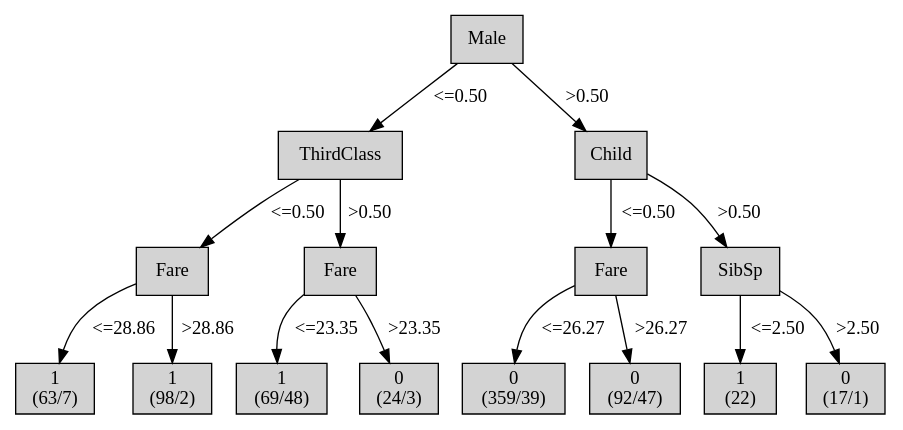
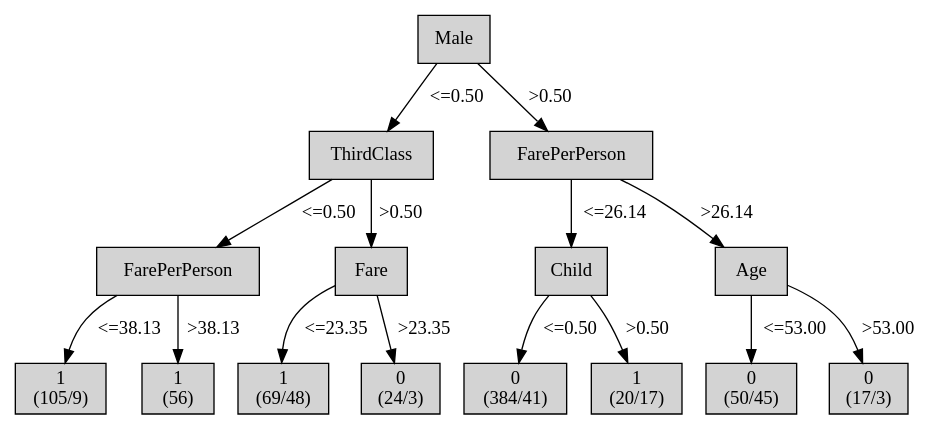
One commit to mklb/BI-Python3 changed the diagram in output/tree-generator-3/tree.dot. Above: the diagram before and after it, drawn with Graphviz. The commit also changed 30 other files, not shown here.

```diff
--- a/output/tree-generator-3/tree.dot
+++ b/output/tree-generator-3/tree.dot
@@ -1,58 +1,58 @@
 digraph ID3_Tree {
 "0" [shape=box, style=filled, label="Male
 ", weight=1]
 "1" [shape=box, style=filled, label="ThirdClass
 ", weight=2]
 0 -> 1 [ label = "<=0.50"];
-"2" [shape=box, style=filled, label="Fare
+"2" [shape=box, style=filled, label="FarePerPerson
 ", weight=3]
 1 -> 2 [ label = "<=0.50"];
 "3" [shape=box, style=filled, label="1
-(63/7)
+(105/9)
 ", weight=4]
-2 -> 3 [ label = "<=28.86"];
+2 -> 3 [ label = "<=38.13"];
 "4" [shape=box, style=filled, label="1
-(98/2)
+(56)
 ", weight=4]
-2 -> 4 [ label = ">28.86"];
+2 -> 4 [ label = ">38.13"];
 "5" [shape=box, style=filled, label="Fare
 ", weight=3]
 1 -> 5 [ label = ">0.50"];
 "6" [shape=box, style=filled, label="1
 (69/48)
 ", weight=4]
 5 -> 6 [ label = "<=23.35"];
 "7" [shape=box, style=filled, label="0
 (24/3)
 ", weight=4]
 5 -> 7 [ label = ">23.35"];
-"8" [shape=box, style=filled, label="Child
+"8" [shape=box, style=filled, label="FarePerPerson
 ", weight=2]
 0 -> 8 [ label = ">0.50"];
-"9" [shape=box, style=filled, label="Fare
+"9" [shape=box, style=filled, label="Child
 ", weight=3]
-8 -> 9 [ label = "<=0.50"];
+8 -> 9 [ label = "<=26.14"];
 "10" [shape=box, style=filled, label="0
-(359/39)
+(384/41)
 ", weight=4]
-9 -> 10 [ label = "<=26.27"];
-"11" [shape=box, style=filled, label="0
-(92/47)
+9 -> 10 [ label = "<=0.50"];
+"11" [shape=box, style=filled, label="1
+(20/17)
 ", weight=4]
-9 -> 11 [ label = ">26.27"];
-"12" [shape=box, style=filled, label="SibSp
+9 -> 11 [ label = ">0.50"];
+"12" [shape=box, style=filled, label="Age
 ", weight=3]
-8 -> 12 [ label = ">0.50"];
-"13" [shape=box, style=filled, label="1
-(22)
+8 -> 12 [ label = ">26.14"];
+"13" [shape=box, style=filled, label="0
+(50/45)
 ", weight=4]
-12 -> 13 [ label = "<=2.50"];
+12 -> 13 [ label = "<=53.00"];
 "14" [shape=box, style=filled, label="0
-(17/1)
+(17/3)
 ", weight=4]
-12 -> 14 [ label = ">2.50"];
+12 -> 14 [ label = ">53.00"];
 {rank=same; 0;};
 {rank=same; 1;8;};
 {rank=same; 2;5;9;12;};
 {rank=same; 3;4;6;7;10;11;13;14;};
 }
```
